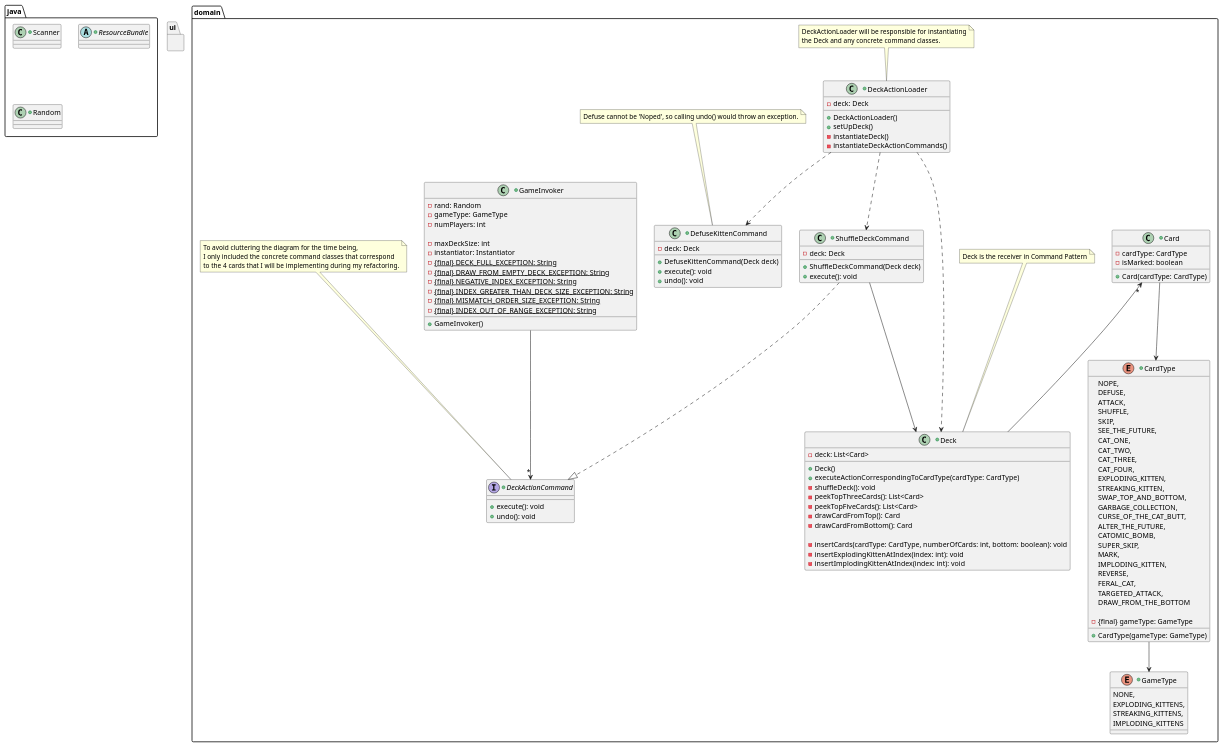
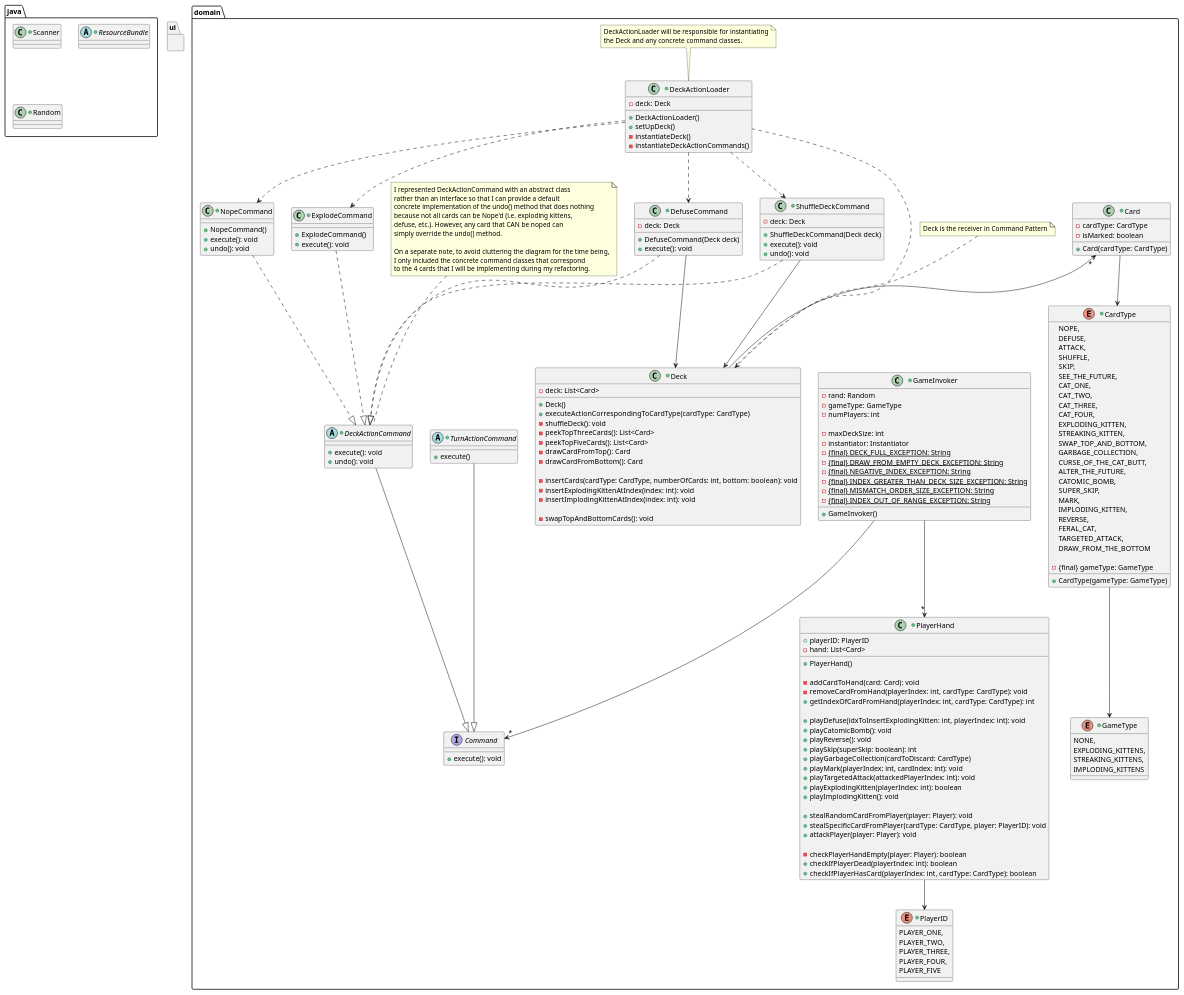
One commit to nu-cs-sw-design/project-20252601-exploding-cats changed the diagram in docs/design/refactored-design.puml. Above: the diagram before and after it, drawn with PlantUML.

Commit message:
split part of the original design's Game class responsibilities between Deck and PlayerHand

```diff
--- a/docs/design/refactored-design.puml
+++ b/docs/design/refactored-design.puml
@@ -12,12 +12,9 @@
 }
 
 package domain {
-    'TODO: go back through each class to look at access modifiers (plus each design principle)
-    'TODO: look into best practices for naming classes in clean code/what verbs to avoid
-    
     +class DeckActionLoader {
         -deck: Deck
-    
+
         +DeckActionLoader()
         +setUpDeck()
         -instantiateDeck()
@@ -28,7 +25,7 @@
         DeckActionLoader will be responsible for instantiating
         the Deck and any concrete command classes.
     end note
-    
+
     +class GameInvoker {
         -rand: Random
         -gameType: GameType
@@ -50,33 +47,117 @@
         +GameInvoker()
     }
 
-    +interface DeckActionCommand {
-        ' QUESTION: how do I let command only correspond to one of these functions? read further about command pattern
+    interface Command {
+        +execute(): void
+    }
+
+    +abstract class DeckActionCommand {
         +execute(): void
         +undo(): void
     }
 
-    'TODO: can make other types of command for things like seeing into the future (but keeping simple for now)
-    '      for example, PeekThreeCardsCommand, PeekFiveCardsCommand, ChangeFutureCardOrderCommand, ReverseTurnDirectionCommand, SkipTurnCommand, etc.
+    note top of DeckActionCommand
+        I represented DeckActionCommand with an abstract class
+        rather than an interface so that I can provide a default
+        concrete implementation of the undo() method that does nothing
+        because not all cards can be Nope'd (i.e. exploding kittens,
+        defuse, etc.). However, any card that CAN be noped can
+        simply override the undo() method.
+
+        On a separate note, to avoid cluttering the diagram for the time being,
+        I only included the concrete command classes that correspond
+        to the 4 cards that I will be implementing during my refactoring.
+    end note
+
     +class ShuffleDeckCommand {
         -deck: Deck
 
         +ShuffleDeckCommand(Deck deck)
         +execute(): void
+        +undo(): void
     }
 
-    +class DefuseKittenCommand {
+    +class DefuseCommand {
         -deck: Deck
 
-        +DefuseKittenCommand(Deck deck)
+        +DefuseCommand(Deck deck)
+        +execute(): void
+    }
+
+    +class ExplodeCommand {
+        +ExplodeCommand()
+        +execute(): void
+    }
+
+    +class NopeCommand {
+        +NopeCommand()
         +execute(): void
         +undo(): void
-
     }
 
-    note top of DefuseKittenCommand: Defuse cannot be 'Noped', so calling undo() would throw an exception.
+    +abstract class TurnActionCommand {
+        +execute()
+    }
 
-    'TODO: come back to see how I can restrict access as much as possible for classes, esp Deck
+    +class PlayerHand {
+        +playerID: PlayerID
+        -hand: List<Card>
+
+        +PlayerHand()
+
+        -addCardToHand(card: Card): void
+        -removeCardFromHand(playerIndex: int, cardType: CardType): void
+        +getIndexOfCardFromHand(playerIndex: int, cardType: CardType): int
+
+        +playDefuse(idxToInsertExplodingKitten: int, playerIndex: int): void
+        +playCatomicBomb(): void
+        +playReverse(): void
+        +playSkip(superSkip: boolean): int
+        +playGarbageCollection(cardToDiscard: CardType)
+        +playMark(playerIndex: int, cardIndex: int): void
+        +playTargetedAttack(attackedPlayerIndex: int): void
+        'QUESTION: in what cases are the following two methods used, and do I need to keep them?
+        +playExplodingKitten(playerIndex: int): boolean
+        +playImplodingKitten(): void
+
+        +stealRandomCardFromPlayer(player: Player): void
+        +stealSpecificCardFromPlayer(cardType: CardType, player: PlayerID): void
+        +attackPlayer(player: Player): void
+
+        -checkPlayerHandEmpty(player: Player): boolean
+        +checkIfPlayerDead(playerIndex: int): boolean
+        +checkIfPlayerHasCard(playerIndex: int, cardType: CardType): boolean
+
+        'MOVE ELSEWHERE: turn handling
+'        +setNumberOfPlayers(numberOfPlayers: int): void
+'        +retriveGameMode(gameType: GameType): void
+'        +selectRandomPlayer(): PlayerID
+'        +incrementPlayerTurn(): void
+'        +setPlayerNumberOfTurns(): void
+'        +getPlayerTurn(): int
+'        +getNumberOfPlayers(): int
+'        +checkNumberOfAlivePlayers(): int
+'        +setCurrentPlayerNumberOfTurns(numberOfTurns: int): void
+'        +decrementNumberOfTurns(): void
+'        +getNumberOfTurns(): int
+'        #setCurrentPlayerTurn(turn: int): void
+'        -matchingGameType(gameType: GameType): boolean
+
+        'MOVE ELSEWHERE: attack handling
+'        +startAttackPhase(): void
+'        +incrementAttackCounter(): void
+'        +setAttackCounter(playerIndex: int): void
+'        +addAttacks(): void
+'        +addAttackQueue(attack: int): void
+'        +removeAttackQueue(): int
+'        +isAttackQueueEmpty(): boolean
+'        +getAttacked(): boolean
+'        +getAttackCounter(): int
+'        +getNumberOfAttacks(): int
+'        ~setNumberOfAttacks(numberOfAttacks: int): void
+'        ~setAttacked(attacked: boolean): void
+    }
+
     +class Deck {
         -deck: List<Card>
 
@@ -92,7 +173,7 @@
         -insertExplodingKittenAtIndex(index: int): void
         -insertImplodingKittenAtIndex(index: int): void
 
-        'TODO: add more methods here based on what actions deck needs to allow
+        -swapTopAndBottomCards(): void
     }
 
     note top of Deck: Deck is the receiver in Command Pattern
@@ -104,11 +185,6 @@
         +Card(cardType: CardType)
     }
 
-    'TODO: add any other concrete card classes as needed here
-    'QUESTION!!: cuz so many card types, do I want Card to instead just be CardType, with extra field that corresponds
-    '          to command it returns?
-
-    'TODO: figure out if I want the CardType enum still and if so, how to incorporate into the rest of my design?
     +enum CardType {
         NOPE,
         DEFUSE,
@@ -135,7 +211,6 @@
         TARGETED_ATTACK,
         DRAW_FROM_THE_BOTTOM
 
-        'TODO: figure out if I still want cards to have the GameType field
         -{final} gameType: GameType
 
         +CardType(gameType: GameType)
@@ -149,25 +224,37 @@
         IMPLODING_KITTENS
     }
 
-    note top of DeckActionCommand
-        To avoid cluttering the diagram for the time being,
-        I only included the concrete command classes that correspond
-        to the 4 cards that I will be implementing during my refactoring.
-    end note
+    +enum PlayerID {
+        PLAYER_ONE,
+        PLAYER_TWO,
+        PLAYER_THREE,
+        PLAYER_FOUR,
+        PLAYER_FIVE
+    }
 
     DeckActionLoader..>Deck
     DeckActionLoader..>ShuffleDeckCommand
-    DeckActionLoader..>DefuseKittenCommand
+    DeckActionLoader..>DefuseCommand
+    DeckActionLoader..>ExplodeCommand
+    DeckActionLoader..>NopeCommand
 
-    GameInvoker-->"*"DeckActionCommand
+    GameInvoker-->"*"Command
+    DeckActionCommand--|>Command
+    TurnActionCommand--|>Command
+    ShuffleDeckCommand..|>DeckActionCommand
+    DefuseCommand..|>DeckActionCommand
+    ExplodeCommand..|>DeckActionCommand
+    NopeCommand..|>DeckActionCommand
 
-    ShuffleDeckCommand..|>DeckActionCommand
     ShuffleDeckCommand-->Deck
+    DefuseCommand-->Deck
 
     Deck-u->"*"Card
-
     Card-->CardType
     CardType-->GameType
+
+    GameInvoker-->"*"PlayerHand
+    PlayerHand-->PlayerID
 }
 
 package java {
```
